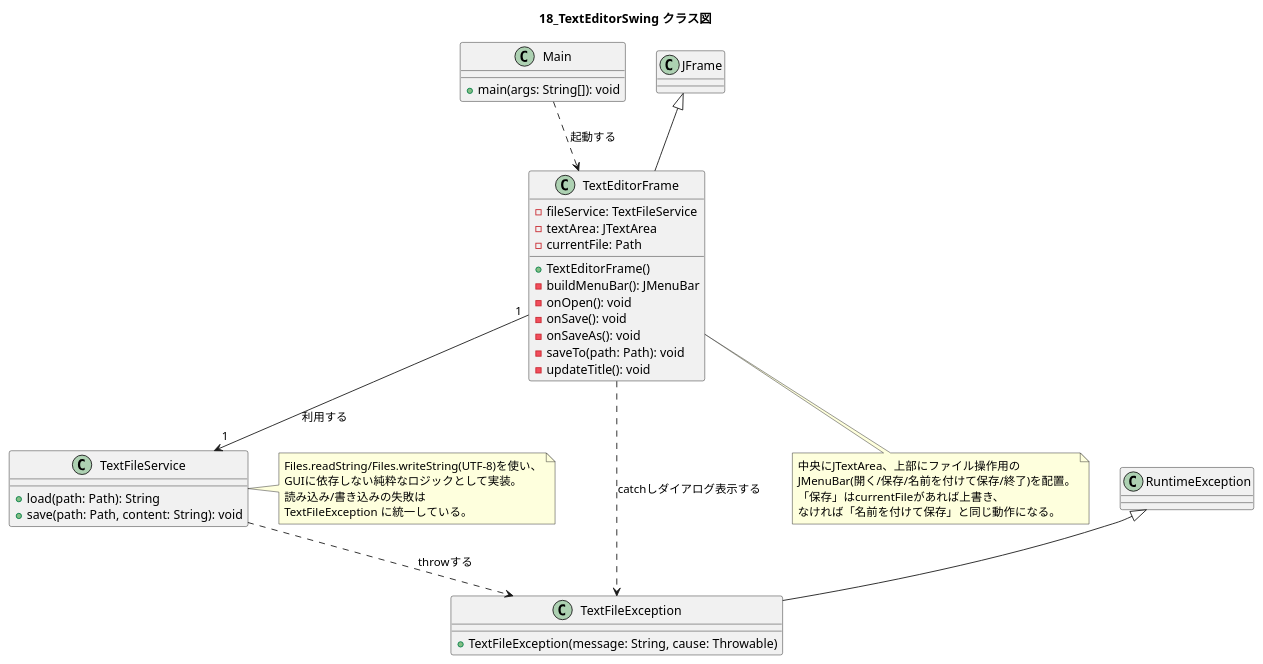
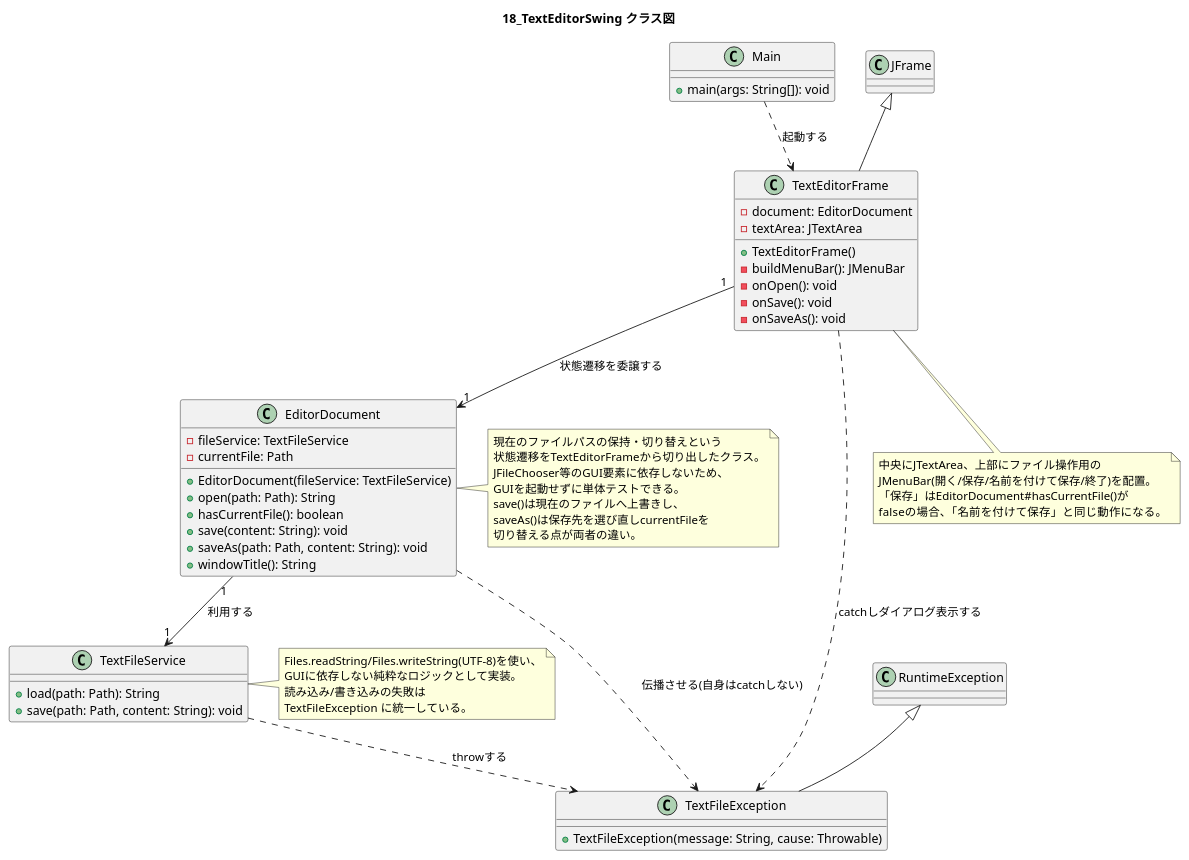
One commit to ExperimentalHobby/JavaLearningLab changed the diagram in docs/design/18_TextEditorSwing/diagrams/class-diagram.puml. Above: the diagram before and after it, drawn with PlantUML. The commit also changed 4 other files, not shown here.

First line of the commit message:
test: 18_TextEditorSwing にEditorDocumentを切り出しGUI状態遷移をテスト可能にする

```diff
--- a/docs/design/18_TextEditorSwing/diagrams/class-diagram.puml
+++ b/docs/design/18_TextEditorSwing/diagrams/class-diagram.puml
@@ -1,51 +1,71 @@
 @startuml class-diagram
 skinparam defaultFontName VL Gothic
 
 title 18_TextEditorSwing クラス図
 
 class Main {
   +main(args: String[]): void
 }
 
 class TextEditorFrame extends JFrame {
-  -fileService: TextFileService
+  -document: EditorDocument
   -textArea: JTextArea
-  -currentFile: Path
   +TextEditorFrame()
   -buildMenuBar(): JMenuBar
   -onOpen(): void
   -onSave(): void
   -onSaveAs(): void
-  -saveTo(path: Path): void
-  -updateTitle(): void
+}
+
+class EditorDocument {
+  -fileService: TextFileService
+  -currentFile: Path
+  +EditorDocument(fileService: TextFileService)
+  +open(path: Path): String
+  +hasCurrentFile(): boolean
+  +save(content: String): void
+  +saveAs(path: Path, content: String): void
+  +windowTitle(): String
 }
 
 class TextFileService {
   +load(path: Path): String
   +save(path: Path, content: String): void
 }
 
 class TextFileException extends RuntimeException {
   +TextFileException(message: String, cause: Throwable)
 }
 
 Main ..> TextEditorFrame : 起動する
-TextEditorFrame "1" --> "1" TextFileService : 利用する
+TextEditorFrame "1" --> "1" EditorDocument : 状態遷移を委譲する
+EditorDocument "1" --> "1" TextFileService : 利用する
 TextEditorFrame ..> TextFileException : catchしダイアログ表示する
+EditorDocument ..> TextFileException : 伝播させる(自身はcatchしない)
 TextFileService ..> TextFileException : throwする
 
 note right of TextFileService
   Files.readString/Files.writeString(UTF-8)を使い、
   GUIに依存しない純粋なロジックとして実装。
   読み込み/書き込みの失敗は
   TextFileException に統一している。
 end note
 
+note right of EditorDocument
+  現在のファイルパスの保持・切り替えという
+  状態遷移をTextEditorFrameから切り出したクラス。
+  JFileChooser等のGUI要素に依存しないため、
+  GUIを起動せずに単体テストできる。
+  save()は現在のファイルへ上書きし、
+  saveAs()は保存先を選び直しcurrentFileを
+  切り替える点が両者の違い。
+end note
+
 note bottom of TextEditorFrame
   中央にJTextArea、上部にファイル操作用の
   JMenuBar(開く/保存/名前を付けて保存/終了)を配置。
-  「保存」はcurrentFileがあれば上書き、
-  なければ「名前を付けて保存」と同じ動作になる。
+  「保存」はEditorDocument#hasCurrentFile()が
+  falseの場合、「名前を付けて保存」と同じ動作になる。
 end note
 
 @enduml
```
